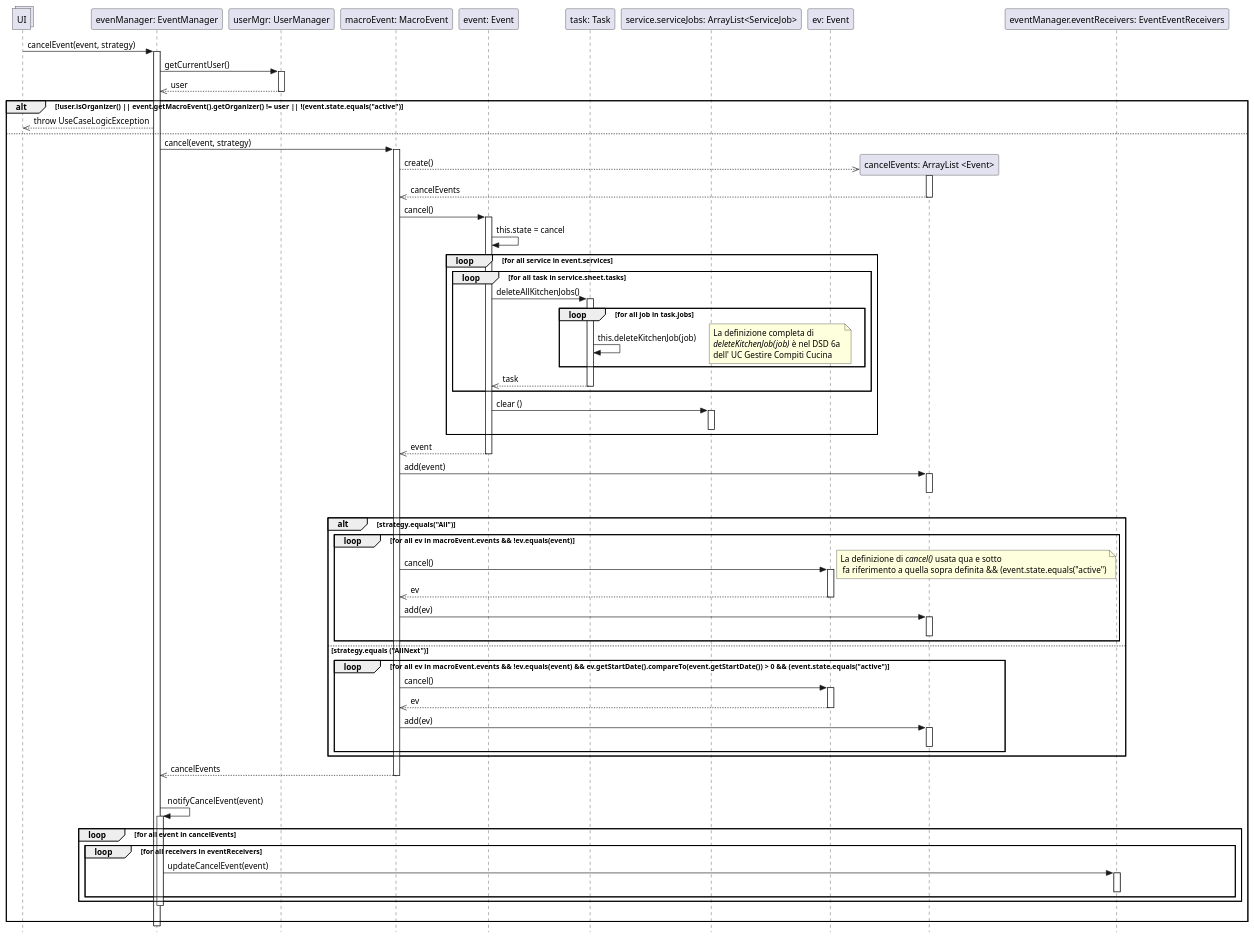
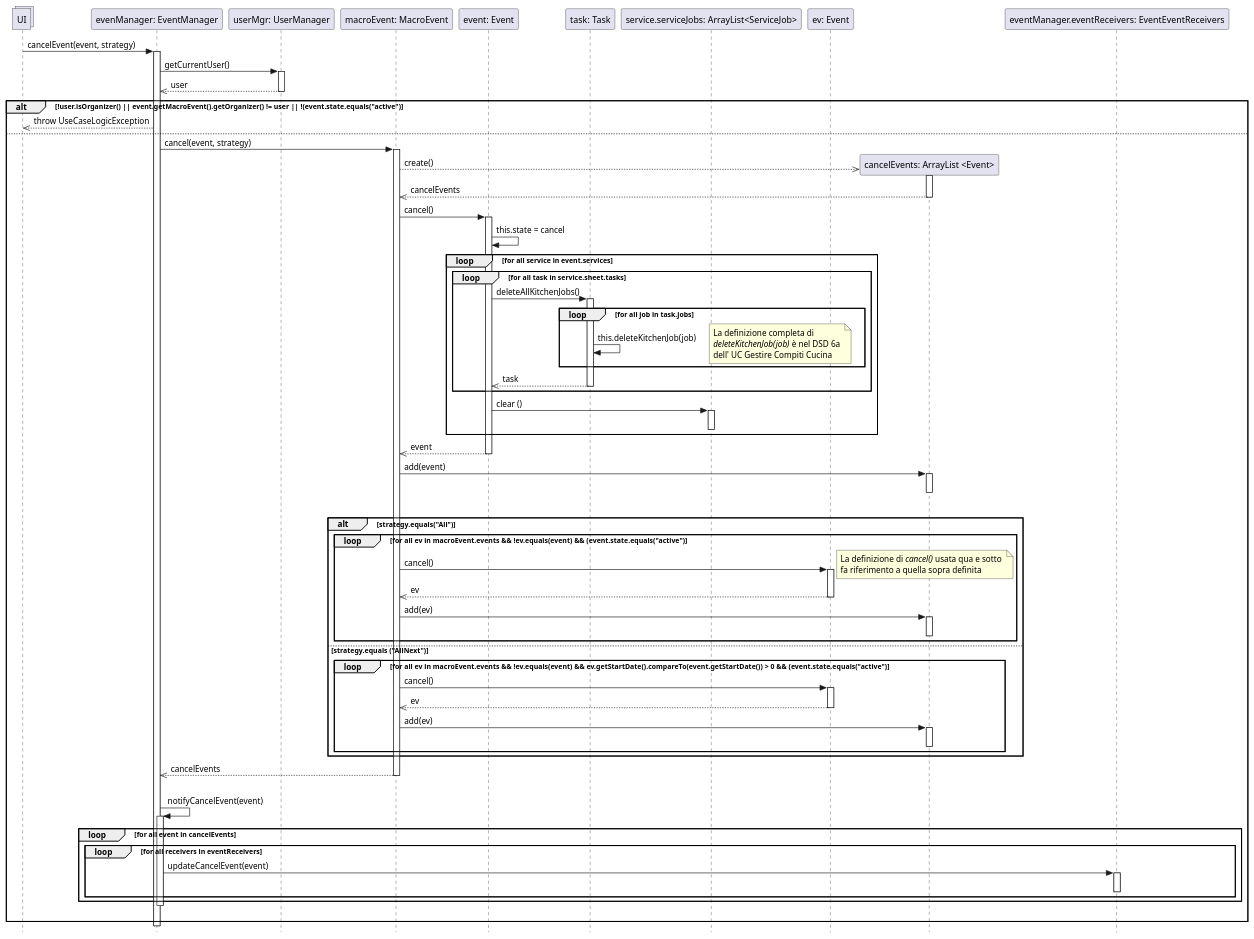
The diagram in UP/Progettazione/UC Gestire Eventi/DSD/DSD Operazione 1a.2.puml (stefa168/sas-project), drawn with PlantUML before and after one commit.

Commit message:
Corretto typo

```diff
--- a/UP/Progettazione/UC Gestire Eventi/DSD/DSD Operazione 1a.2.puml
+++ b/UP/Progettazione/UC Gestire Eventi/DSD/DSD Operazione 1a.2.puml
@@ -1,99 +1,99 @@
 @startuml
 skinparam Style strictuml
 
 collections UI
 participant "evenManager: EventManager" as em
 participant "userMgr: UserManager" as um
 participant "macroEvent: MacroEvent" as maev
 participant "event: Event" as event
 participant "task: Task" as task
 participant "service.serviceJobs: ArrayList<ServiceJob>" as sj
 participant "ev: Event" as ev
 participant "cancelEvents: ArrayList <Event>" as evcanc
 participant "eventManager.eventReceivers: EventEventReceivers" as eer
 
 UI -> em: cancelEvent(event, strategy)
 activate em
     em -> um: getCurrentUser()
     activate um
         em <<-- um: user
     deactivate um
 
     alt !user.isOrganizer() || event.getMacroEvent().getOrganizer() != user || !(event.state.equals("active")
         UI <<-- em: throw UseCaseLogicException
     else
 
         em -> maev: cancel(event, strategy)
         activate maev
             maev -->> evcanc**: create()
             activate evcanc
             maev <<-- evcanc: cancelEvents
             deactivate evcanc
 
             maev -> event: cancel()
             activate event
             event -> event: this.state = cancel
 
             loop for all service in event.services
                 loop for all task in service.sheet.tasks
                     event -> task: deleteAllKitchenJobs()
                     activate task
                     loop for all job in task.jobs
                         task -> task: this.deleteKitchenJob(job)
                         note right: La definizione completa di\n//deleteKitchenJob(job)// è nel DSD 6a \ndell' UC Gestire Compiti Cucina
                     end
                     event <<-- task: task
                     deactivate task
 
                 end
 
                 event -> sj: clear ()
                 activate sj
                 deactivate sj
             end
             maev <<-- event: event
             deactivate event
             maev -> evcanc: add(event)
             activate evcanc
             deactivate evcanc
             |||
             alt strategy.equals("All")
-                loop for all ev in macroEvent.events && !ev.equals(event)
+                loop for all ev in macroEvent.events && !ev.equals(event) && (event.state.equals("active")
                     maev -> ev: cancel()
-                    note right: La definizione di //cancel()// usata qua e sotto \n fa riferimento a quella sopra definita && (event.state.equals("active")
+                    note right: La definizione di //cancel()// usata qua e sotto \nfa riferimento a quella sopra definita
                     activate ev
                     maev <<-- ev: ev
                     deactivate ev
                     maev -> evcanc: add(ev)
                     activate evcanc
                     deactivate evcanc
                 end
             else strategy.equals ("AllNext")
                 loop for all ev in macroEvent.events && !ev.equals(event) && ev.getStartDate().compareTo(event.getStartDate()) > 0 && (event.state.equals("active")
                     maev -> ev: cancel()
                     activate ev
                     maev <<-- ev: ev
                     deactivate ev
                     maev -> evcanc: add(ev)
                     activate evcanc
                     deactivate evcanc
                 end
             end
         em <<-- maev: cancelEvents
         deactivate maev
         |||
         em -> em: notifyCancelEvent(event)
         activate em
             loop for all event in cancelEvents
                 loop for all receivers in eventReceivers
                     em -> eer: updateCancelEvent(event)
                     activate eer
                     deactivate eer
                 end
             end
         deactivate em
         |||
 
     end
 deactivate em
 @enduml
```
